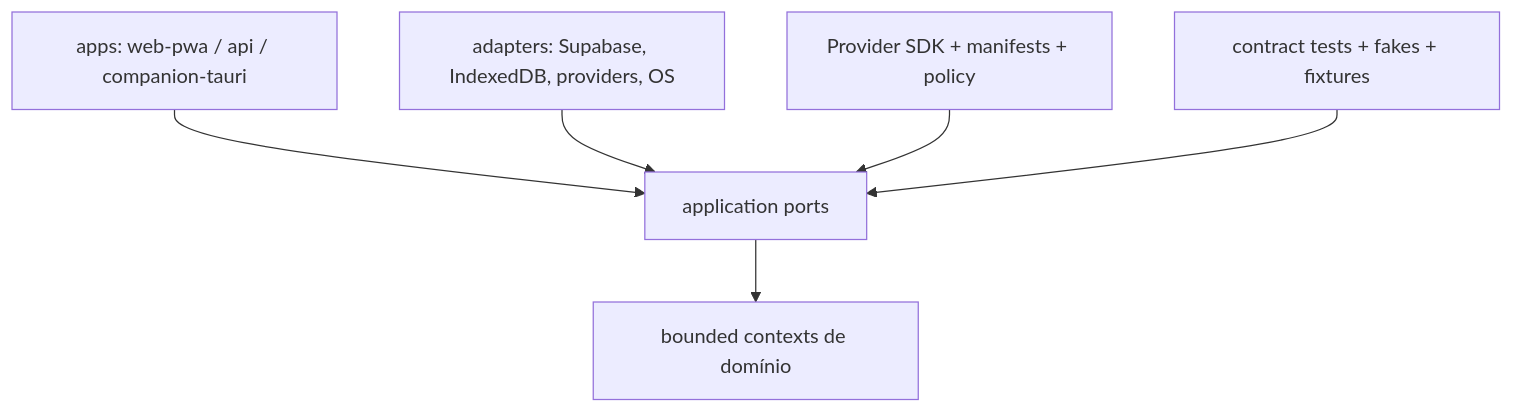
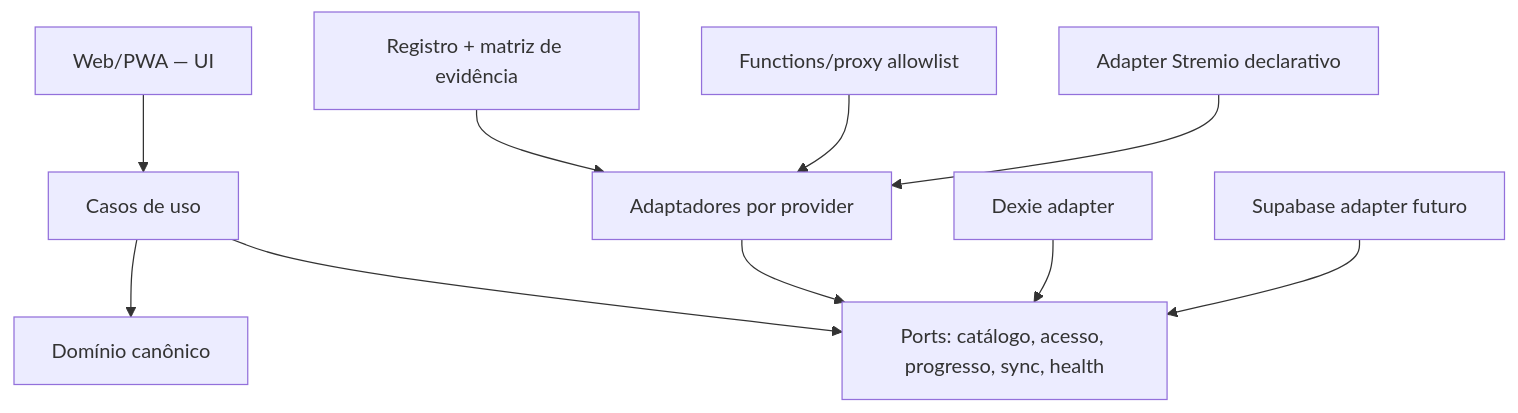
One commit to Mayconxzdev/Hubora changed the second of 2 diagrams in docs/audit/ARCHITECTURE_INITIAL.md. Above: the diagram before and after it, drawn with Mermaid. The commit also changed other lines of this file and 16 other files, not shown here.

````diff
--- a/docs/audit/ARCHITECTURE_INITIAL.md
+++ b/docs/audit/ARCHITECTURE_INITIAL.md
@@ -38,8 +31,12 @@
 ```mermaid
 flowchart TB
-  Apps["apps: web-pwa / api / companion-tauri"] --> AppPorts["application ports"]
-  AppPorts --> Domain["bounded contexts de domínio"]
-  Infra["adapters: Supabase, IndexedDB, providers, OS"] --> AppPorts
-  ProviderSDK["Provider SDK + manifests + policy"] --> AppPorts
-  TestKits["contract tests + fakes + fixtures"] --> AppPorts
+  UI["Web/PWA — UI"] --> App["Casos de uso"]
+  App --> Domain["Domínio canônico"]
+  App --> Ports["Ports: catálogo, acesso, progresso, sync, health"]
+  Adapters["Adaptadores por provider"] --> Ports
+  Registry["Registro + matriz de evidência"] --> Adapters
+  Local["Dexie adapter"] --> Ports
+  Cloud["Supabase adapter futuro"] --> Ports
+  Netlify["Functions/proxy allowlist"] --> Adapters
+  Stremio["Adapter Stremio declarativo"] --> Adapters
 ```
````
